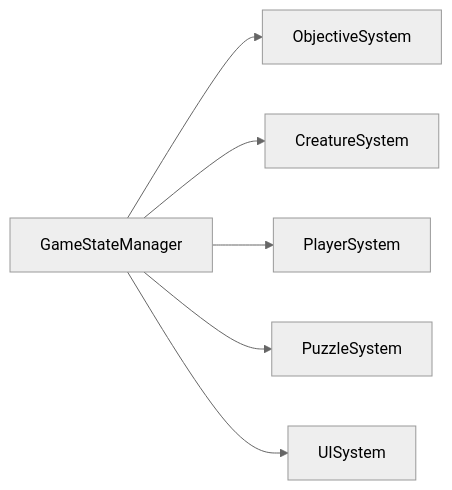
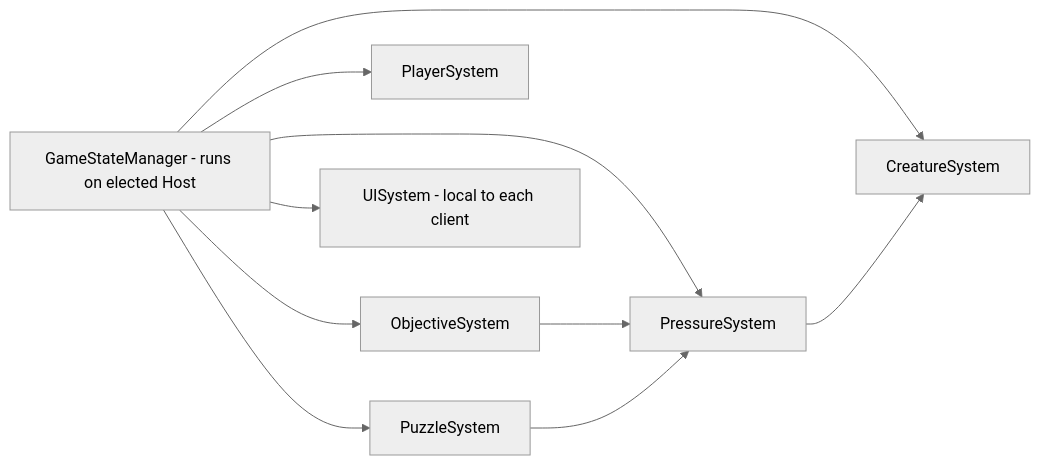
One commit to snehadpatel/QuestBit changed the second of 2 diagrams in Project-Echo/technical/Architecture.md. Above: the diagram before and after it, drawn with Mermaid (neutral theme). The commit also changed other lines of this file and 16 other files, not shown here.

````diff
--- a/Project-Echo/technical/Architecture.md
+++ b/Project-Echo/technical/Architecture.md
@@ -44,8 +44,12 @@
 ```mermaid
 flowchart LR
-    A[GameStateManager] --> B[ObjectiveSystem]
+    A[GameStateManager - runs on elected Host] --> B[ObjectiveSystem]
     A --> C[CreatureSystem]
     A --> D[PlayerSystem]
     A --> E[PuzzleSystem]
-    A --> F[UISystem]
+    A --> G[PressureSystem]
+    A --> F[UISystem - local to each client]
+    B --> G
+    E --> G
+    G --> C
 ```
````
